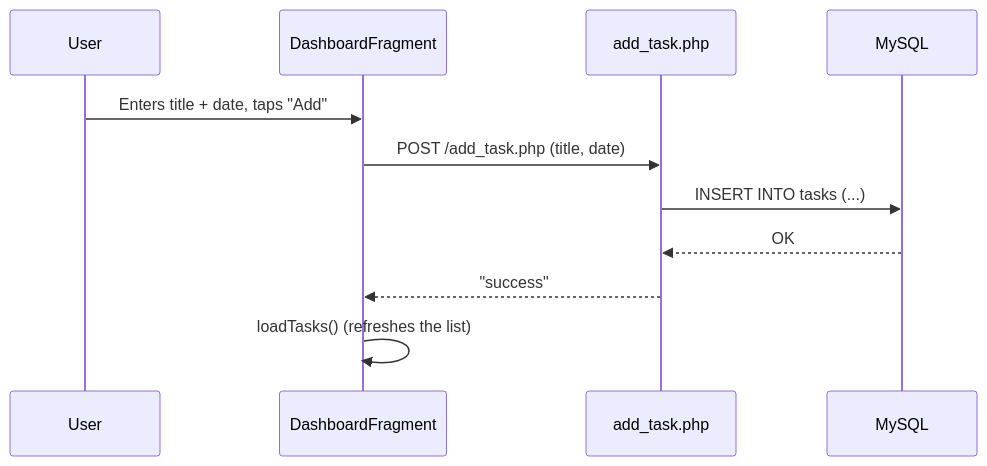
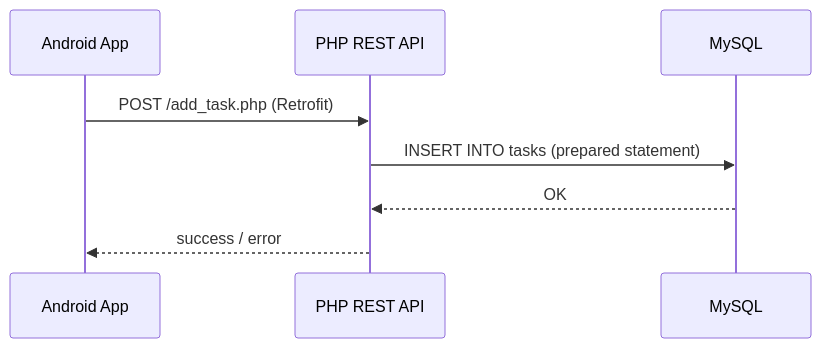
The diagram in README.md (AjmiOns/todolist-android-app), drawn with Mermaid before and after one commit. The commit also changed other lines of this file, not shown here.

````diff
--- a/README.md
+++ b/README.md
@@ -91,14 +51,10 @@
 ```mermaid
 sequenceDiagram
-    participant U as User
-    participant A as DashboardFragment
-    participant API as add_task.php
+    participant App as Android App
+    participant API as PHP REST API
     participant DB as MySQL
-
-    U->>A: Enters title + date, taps "Add"
-    A->>API: POST /add_task.php (title, date)
-    API->>DB: INSERT INTO tasks (...)
+    App->>API: POST /add_task.php (Retrofit)
+    API->>DB: INSERT INTO tasks (prepared statement)
     DB-->>API: OK
-    API-->>A: "success"
-    A->>A: loadTasks() (refreshes the list)
+    API-->>App: success / error
 ```
````
